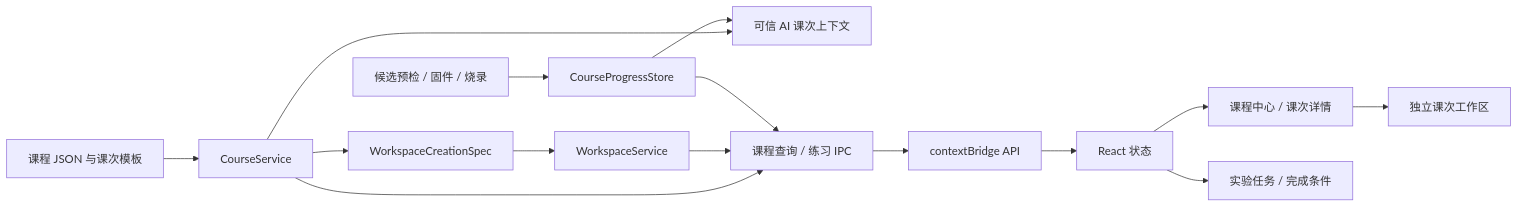
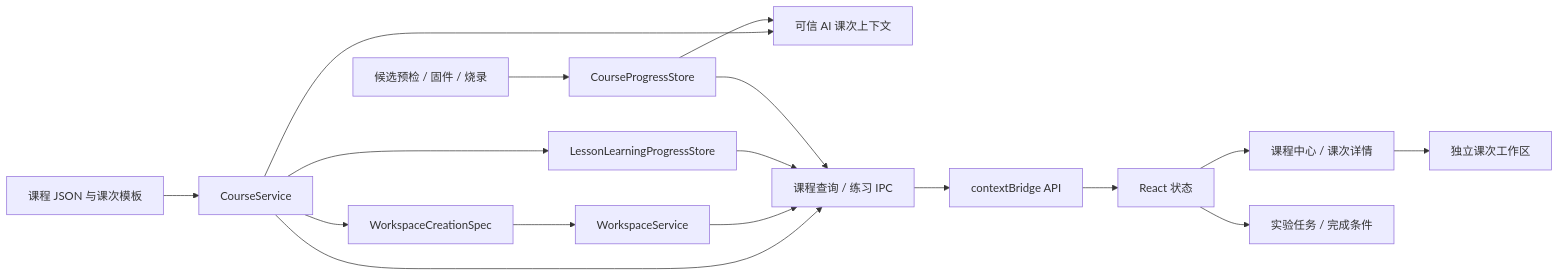
Before and after one commit to PanGucheng/robotdog-studio: the diagram in docs/mcu-course-framework-architecture.md, drawn with Mermaid. The commit also changed other lines of this file and 35 other files, not shown here.

````diff
--- a/docs/mcu-course-framework-architecture.md
+++ b/docs/mcu-course-framework-architecture.md
@@ -30,17 +43,19 @@
 ```mermaid
 flowchart LR
   Files["课程 JSON 与课次模板"] --> CourseService["CourseService"]
   CourseService --> Spec["WorkspaceCreationSpec"]
   CourseService --> Context["可信 AI 课次上下文"]
   Spec --> WorkspaceService["WorkspaceService"]
   CourseService --> IPC["课程查询 / 练习 IPC"]
   WorkspaceService --> IPC
   Operations["候选预检 / 固件 / 烧录"] --> Progress["CourseProgressStore"]
+  CourseService --> Learning["LessonLearningProgressStore"]
+  Learning --> IPC
   Progress --> IPC
   Progress --> Context
   IPC --> Preload["contextBridge API"]
   Preload --> App["React 状态"]
   App --> Center["课程中心 / 课次详情"]
   App --> Task["实验任务 / 完成条件"]
   Center --> Workspace["独立课次工作区"]
 ```
````
